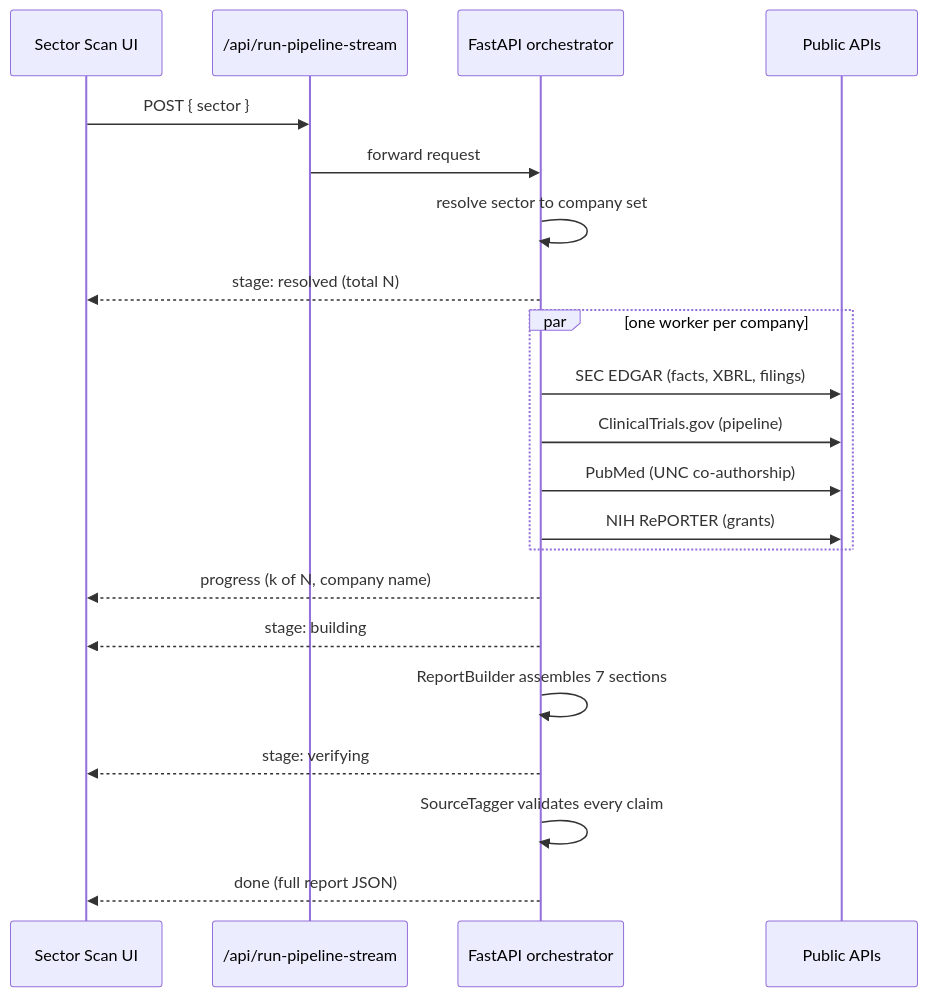
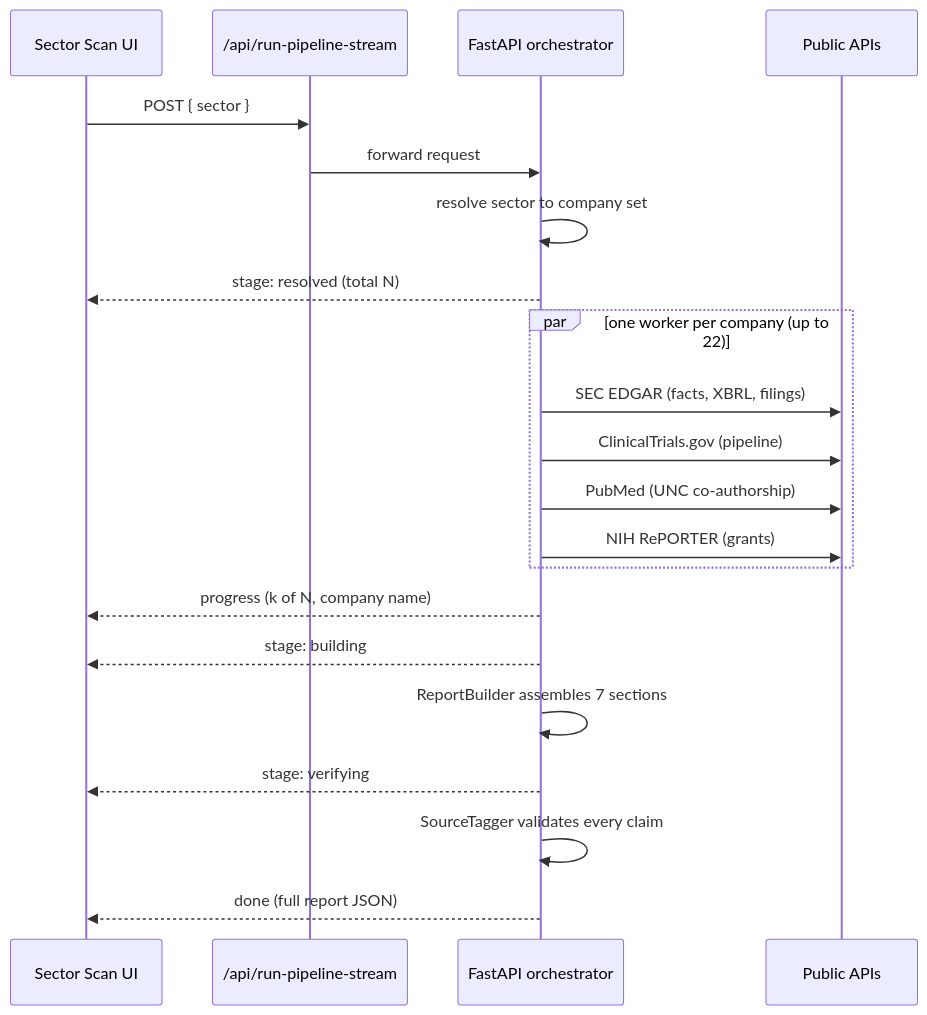
One commit to AidanColvin/map-elt-research-graph-3 changed the fifth of 12 diagrams in README.md. Above: the diagram before and after it, drawn with Mermaid. The commit also changed other lines of this file, not shown here.

````diff
--- a/README.md
+++ b/README.md
@@ -218,24 +208,24 @@
 ```mermaid
 sequenceDiagram
     participant UI as Sector Scan UI
     participant PX as /api/run-pipeline-stream
     participant OR as FastAPI orchestrator
     participant API as Public APIs
 
     UI->>PX: POST { sector }
     PX->>OR: forward request
     OR->>OR: resolve sector to company set
     OR-->>UI: stage: resolved (total N)
-    par one worker per company
+    par one worker per company (up to 22)
         OR->>API: SEC EDGAR (facts, XBRL, filings)
         OR->>API: ClinicalTrials.gov (pipeline)
         OR->>API: PubMed (UNC co-authorship)
         OR->>API: NIH RePORTER (grants)
     end
     OR-->>UI: progress (k of N, company name)
     OR-->>UI: stage: building
     OR->>OR: ReportBuilder assembles 7 sections
     OR-->>UI: stage: verifying
     OR->>OR: SourceTagger validates every claim
     OR-->>UI: done (full report JSON)
 ```
````
